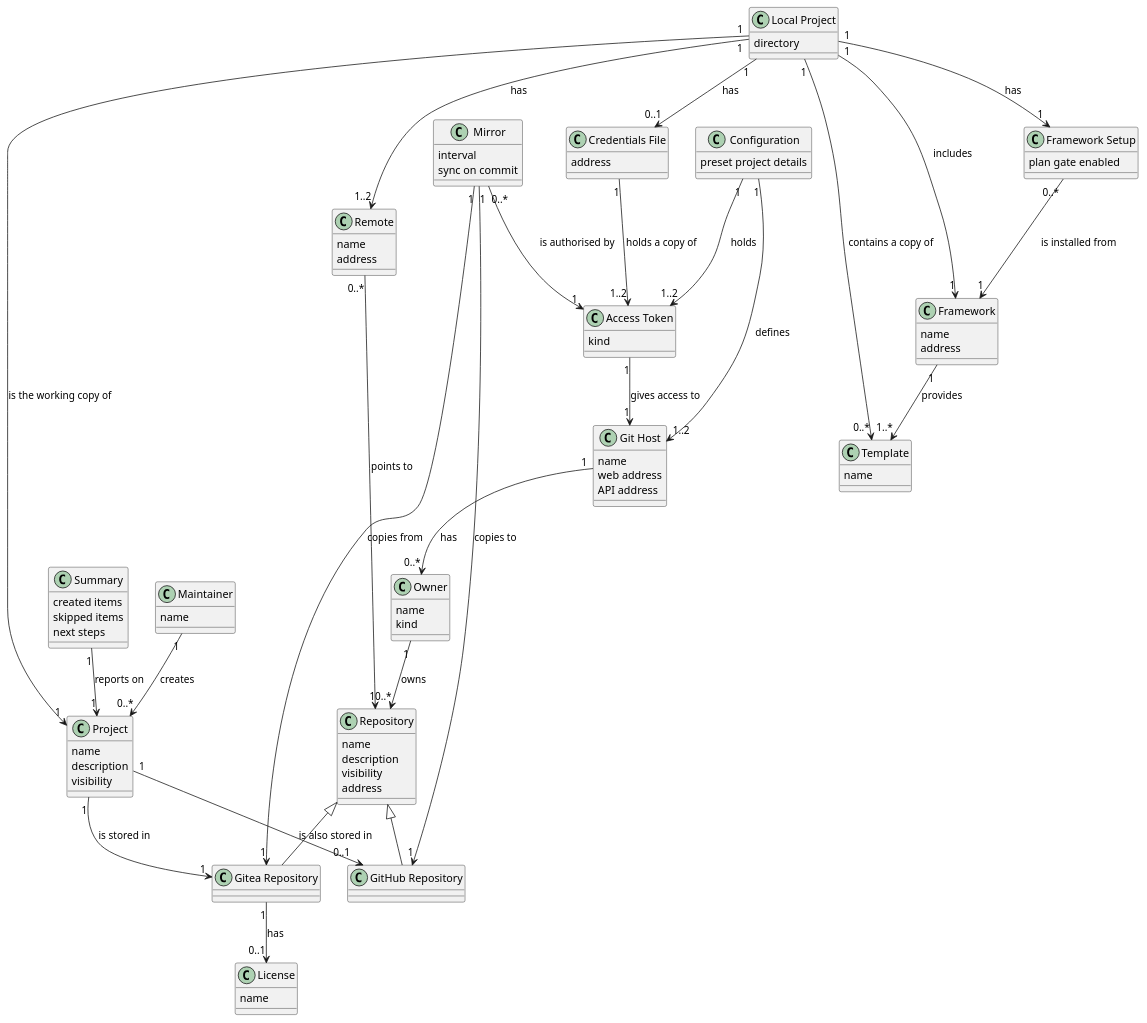
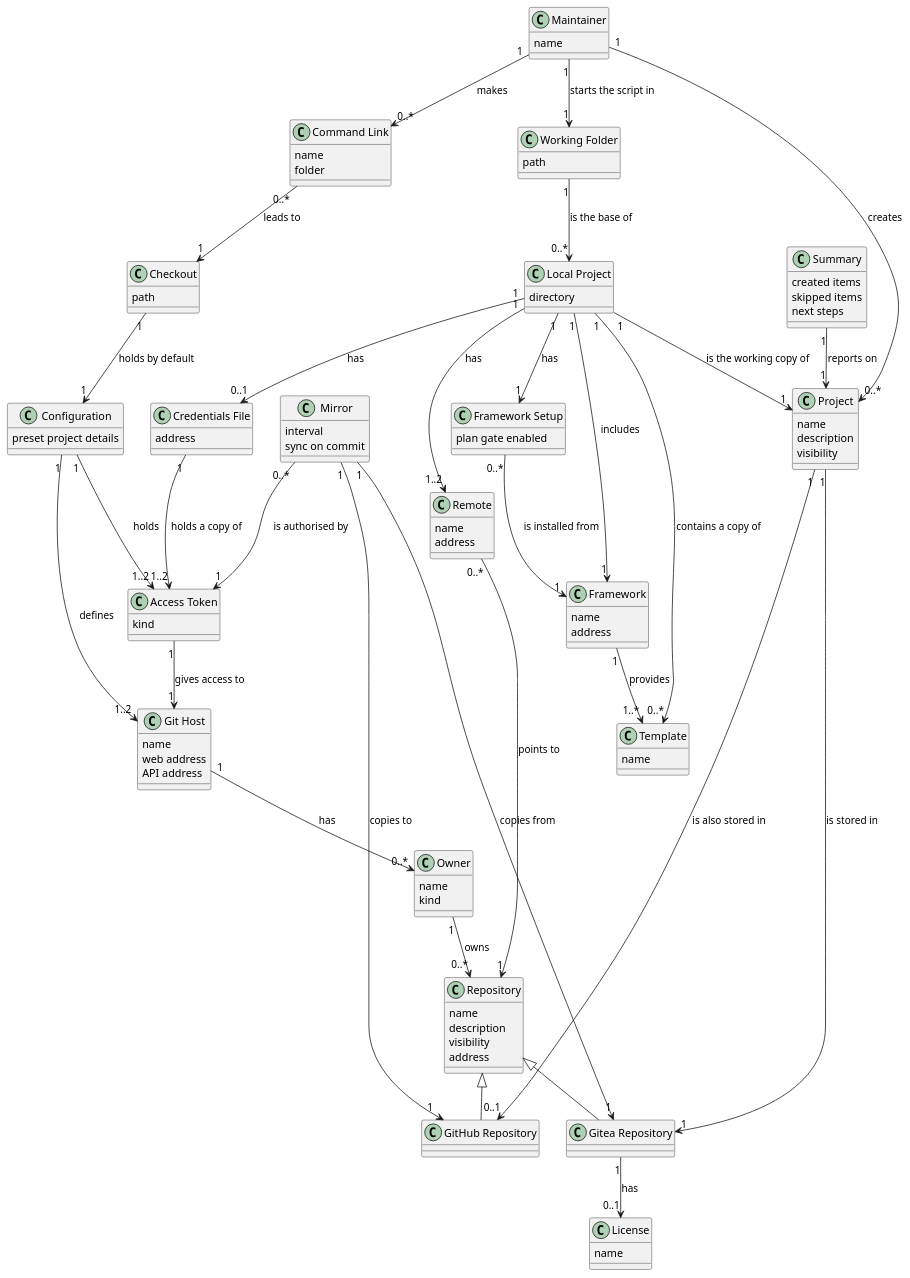
The diagram in docs/domain-model.md (TirSystem-BashScript/RepoFoundry), drawn with PlantUML before and after one commit. The commit also changed other lines of this file and 28 other files, not shown here.

First line of the commit message:
Plan MIL-007 and UC-002; AGPL-3.0 default only for a public GitHub project

````diff
--- a/docs/domain-model.md
+++ b/docs/domain-model.md
@@ -82,6 +82,16 @@
 class "Credentials File" as CredentialsFile {
   address
 }
+class "Command Link" as CommandLink {
+  name
+  folder
+}
+class Checkout {
+  path
+}
+class "Working Folder" as WorkingFolder {
+  path
+}
 class Summary {
   created items
   skipped items
@@ -114,5 +124,10 @@
 LocalProject "1" --> "0..1" CredentialsFile : has
 CredentialsFile "1" --> "1..2" AccessToken : holds a copy of
 Summary "1" --> "1" Project : reports on
+Maintainer "1" --> "0..*" CommandLink : makes
+CommandLink "0..*" --> "1" Checkout : leads to
+Maintainer "1" --> "1" WorkingFolder : starts the script in
+Checkout "1" --> "1" Configuration : holds by default
+WorkingFolder "1" --> "0..*" LocalProject : is the base of
 @enduml
 ```
````
